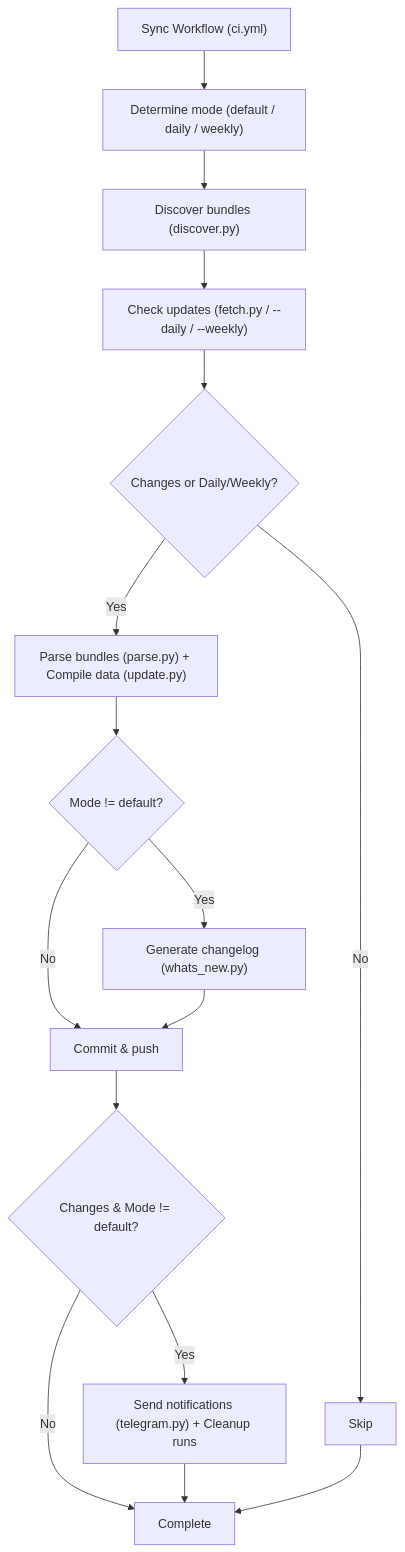
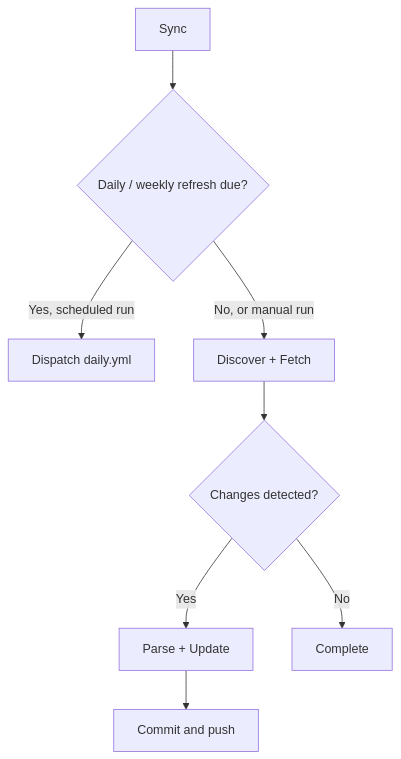
The first of 3 diagrams in CONTRIBUTING.md (nvbangg/awesome-morphe), drawn with Mermaid before and after one commit. The commit also changed other lines of this file, not shown here.

````diff
--- a/CONTRIBUTING.md
+++ b/CONTRIBUTING.md
@@ -41,21 +29,10 @@
 ```mermaid
 flowchart TD
-    A["Sync Workflow (ci.yml)"] --> B["Determine mode (default / daily / weekly)"]
-    B --> C["Discover bundles (discover.py)"]
-    C --> D["Check updates (fetch.py / --daily / --weekly)"]
-    D --> E{Changes or Daily/Weekly?}
-
-    E -->|Yes| F["Parse bundles (parse.py) + Compile data (update.py)"]
-    E -->|No| G[Skip]
-
-    F --> H{Mode != default?}
-    H -->|Yes| I["Generate changelog (whats_new.py)"]
-    H -->|No| J[Commit & push]
-
-    I --> J
-    J --> K{Changes & Mode != default?}
-    K -->|Yes| L["Send notifications (telegram.py) + Cleanup runs"]
-    K -->|No| M[Complete]
-    L --> M
-    G --> M
+    A["Sync"] --> B{"Daily / weekly refresh due?"}
+    B -->|Yes, scheduled run| C["Dispatch daily.yml"]
+    B -->|No, or manual run| D["Discover + Fetch"]
+    D --> E{"Changes detected?"}
+    E -->|Yes| F["Parse + Update"]
+    F --> G["Commit and push"]
+    E -->|No| H[Complete]
 ```
````
